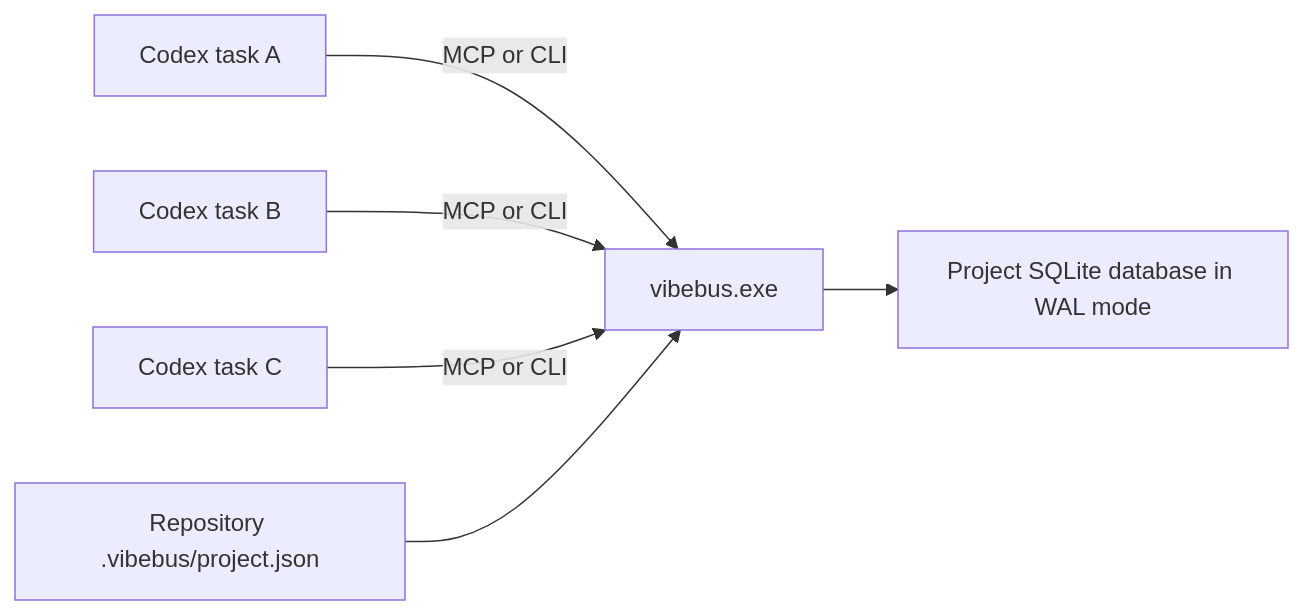
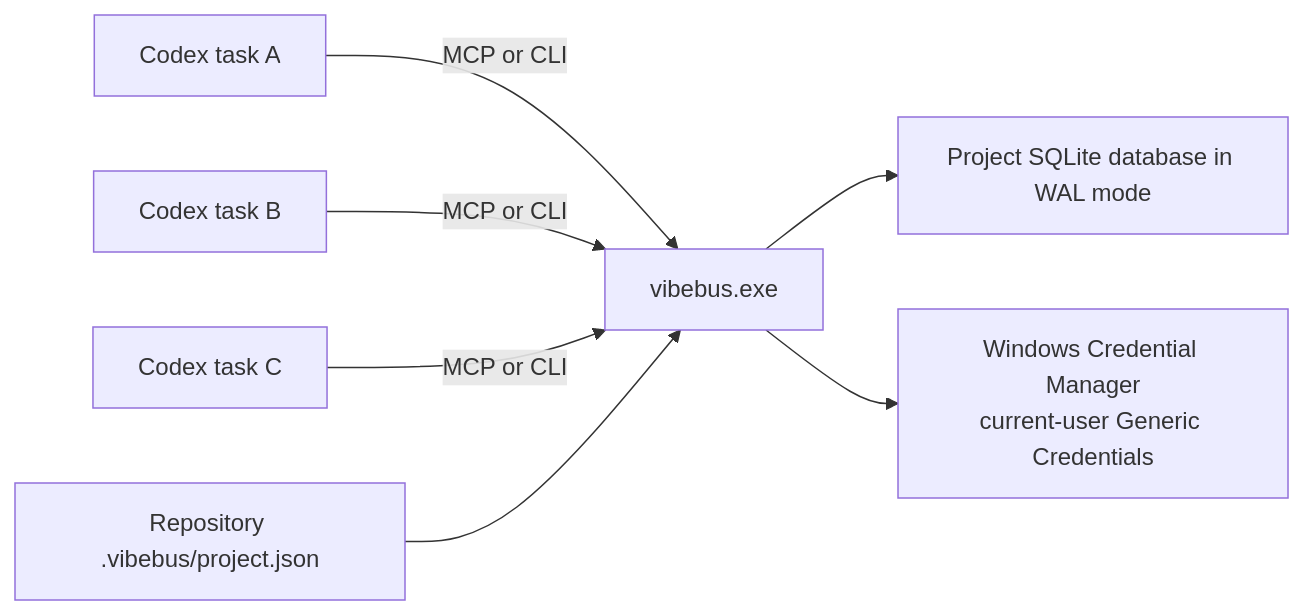
The diagram in docs/architecture.md (lakeofsky347/VibeBus), drawn with Mermaid before and after one commit. The commit also changed other lines of this file and 19 other files, not shown here.

First line of the commit message:
feat: integrate Windows credential vault

````diff
--- a/docs/architecture.md
+++ b/docs/architecture.md
@@ -9,8 +9,9 @@
 ```mermaid
 flowchart LR
     A["Codex task A"] -->|MCP or CLI| X["vibebus.exe"]
     B["Codex task B"] -->|MCP or CLI| X
     C["Codex task C"] -->|MCP or CLI| X
     X --> D["Project SQLite database in WAL mode"]
+    X --> V["Windows Credential Manager<br/>current-user Generic Credentials"]
     R["Repository .vibebus/project.json"] --> X
 ```
````
